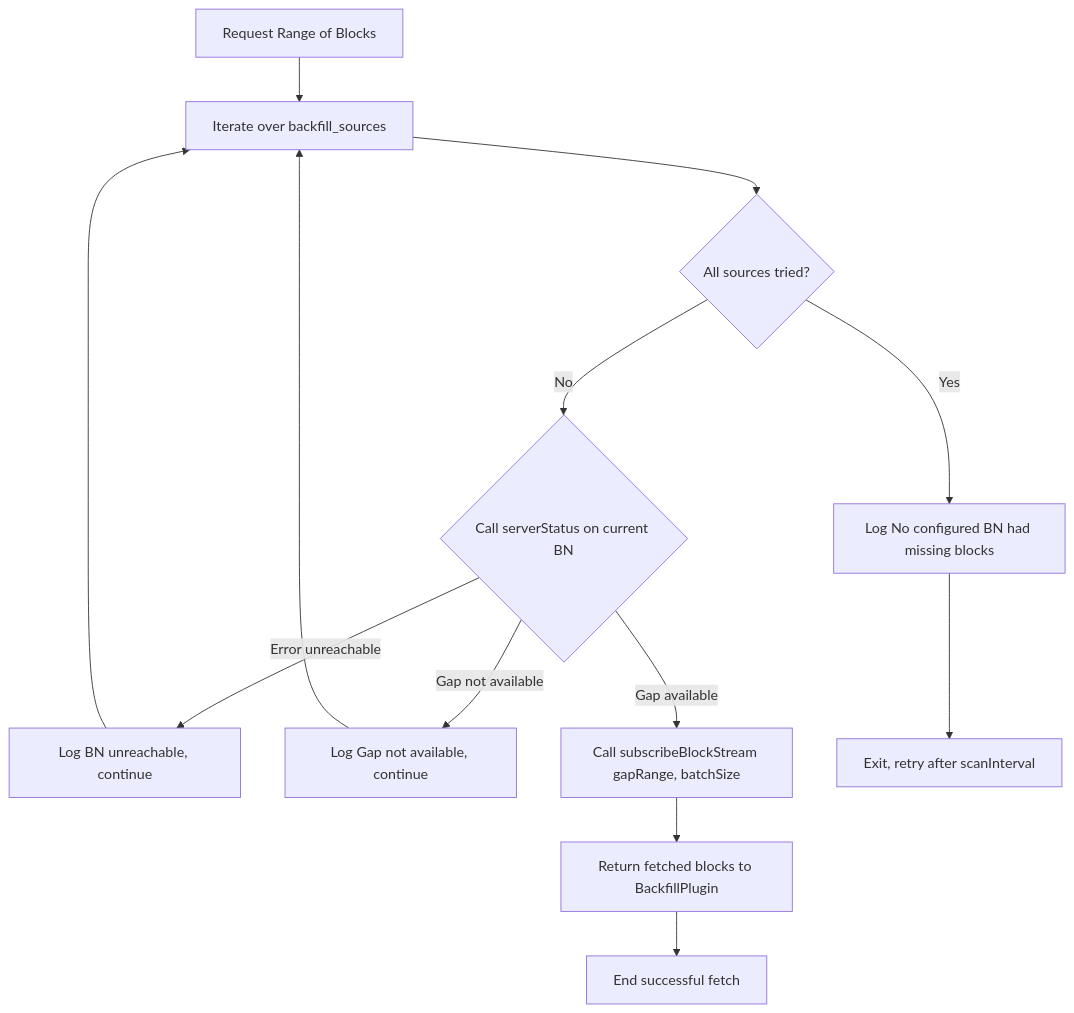
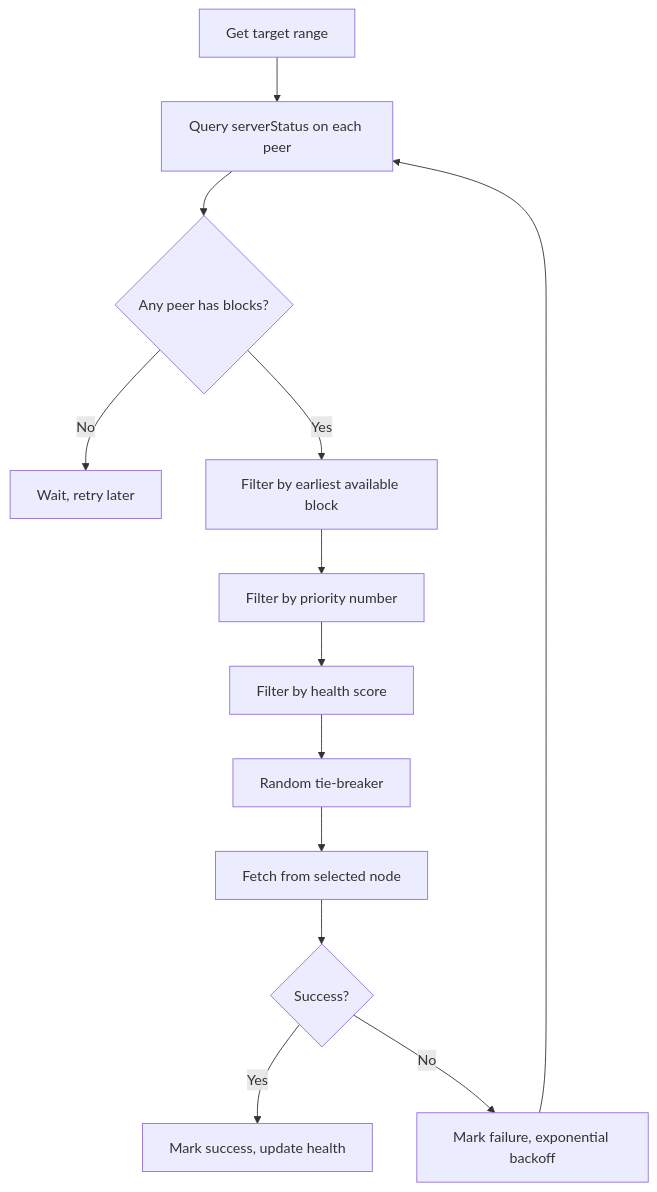
The fourth of 4 diagrams in docs/design/backfill-plugin.md (hiero-ledger/hiero-block-node), drawn with Mermaid before and after one commit. The commit also changed other lines of this file, not shown here.

Commit message:
Updated Documentation to reflect new Architecture Design

````diff
--- a/docs/design/backfill-plugin.md
+++ b/docs/design/backfill-plugin.md
@@ -188,18 +157,15 @@
 ```mermaid
 flowchart TD
-    A[Request Range of Blocks] --> B
-    B[Iterate over backfill_sources]
-    C{Call serverStatus on current BN}
-    C -->|Error unreachable| E1[Log BN unreachable, continue]
-    C -->|Gap not available| E2[Log Gap not available, continue]
-    C -->|Gap available| D[Call subscribeBlockStream gapRange, batchSize]
-    D --> F[Return fetched blocks to BackfillPlugin]
-    F --> G[End successful fetch]
-    E1 --> B
-    E2 --> B
-    B --> H{All sources tried?}
-    H -->|No| C
-    H -->|Yes| E3[Log No configured BN had missing blocks]
-    E3 --> I[Exit, retry after scanInterval]
-
+    A[Get target range] --> B[Query serverStatus on each peer]
+    B --> C{Any peer has blocks?}
+    C -->|No| D[Wait, retry later]
+    C -->|Yes| E[Filter by earliest available block]
+    E --> F[Filter by priority number]
+    F --> G[Filter by health score]
+    G --> H[Random tie-breaker]
+    H --> I[Fetch from selected node]
+    I --> J{Success?}
+    J -->|Yes| K[Mark success, update health]
+    J -->|No| L[Mark failure, exponential backoff]
+    L --> B
 ```
````
